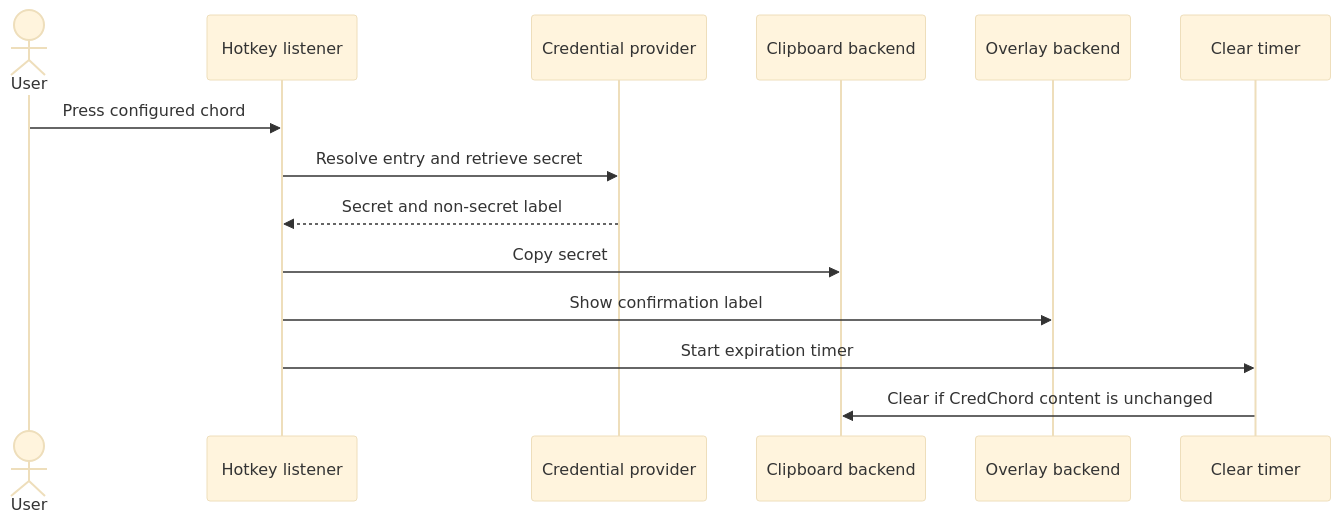
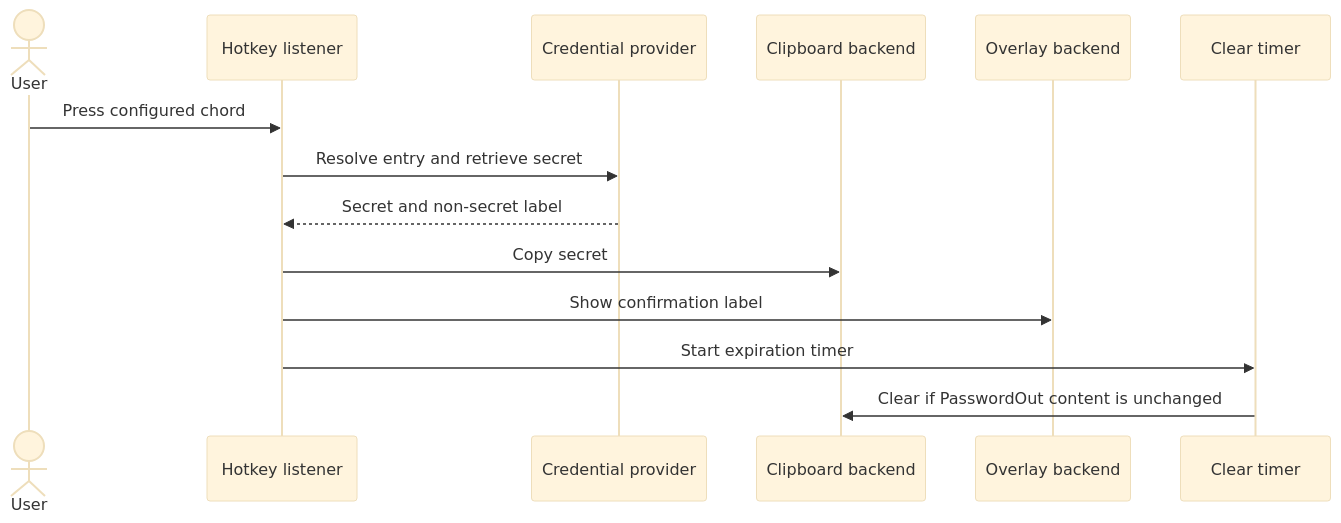
The second of 2 diagrams in README.md (tobymoreno/password-out), drawn with Mermaid (base theme) before and after one commit. The commit also changed other lines of this file and 11 other files, not shown here.

Commit message:
Rename CredChord to PasswordOut

````diff
--- a/README.md
+++ b/README.md
@@ -125,17 +125,17 @@
 ```mermaid
 sequenceDiagram
     actor User
     participant Hotkey as Hotkey listener
     participant Provider as Credential provider
     participant Clipboard as Clipboard backend
     participant Overlay as Overlay backend
     participant Timer as Clear timer
 
     User->>Hotkey: Press configured chord
     Hotkey->>Provider: Resolve entry and retrieve secret
     Provider-->>Hotkey: Secret and non-secret label
     Hotkey->>Clipboard: Copy secret
     Hotkey->>Overlay: Show confirmation label
     Hotkey->>Timer: Start expiration timer
-    Timer->>Clipboard: Clear if CredChord content is unchanged
+    Timer->>Clipboard: Clear if PasswordOut content is unchanged
 ```
````
